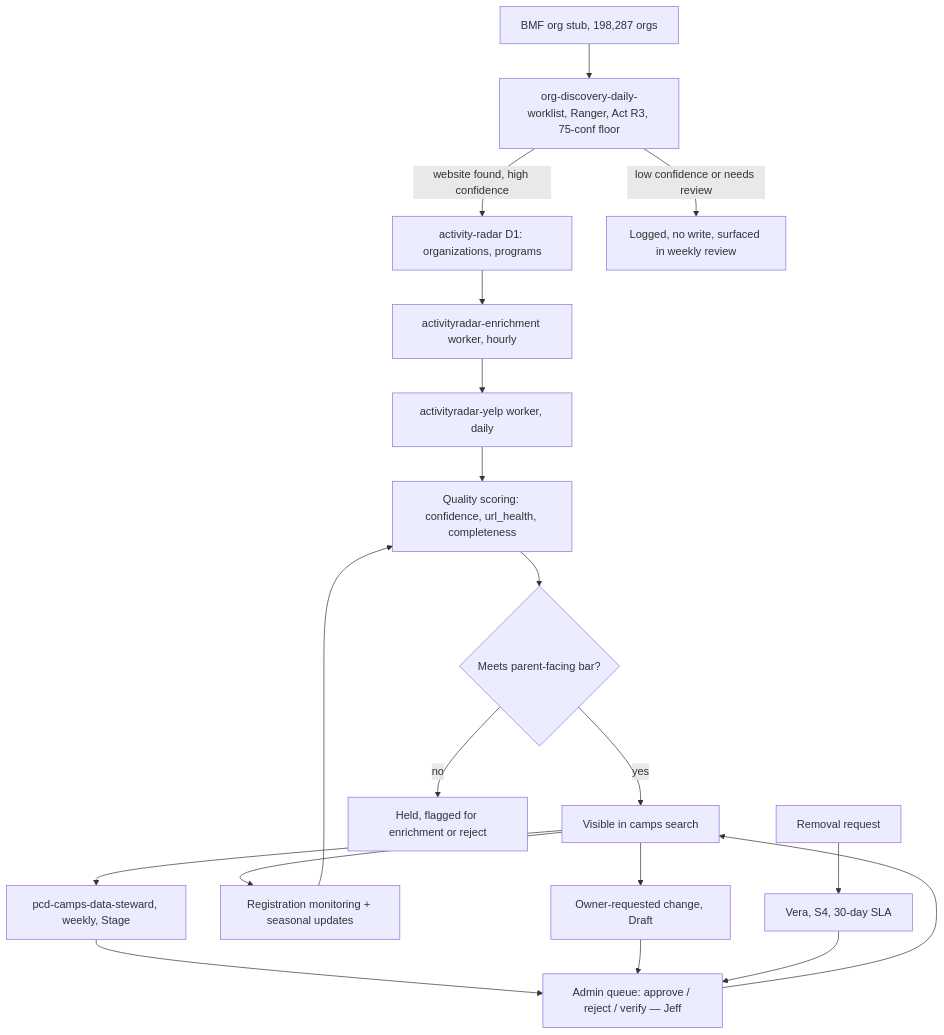
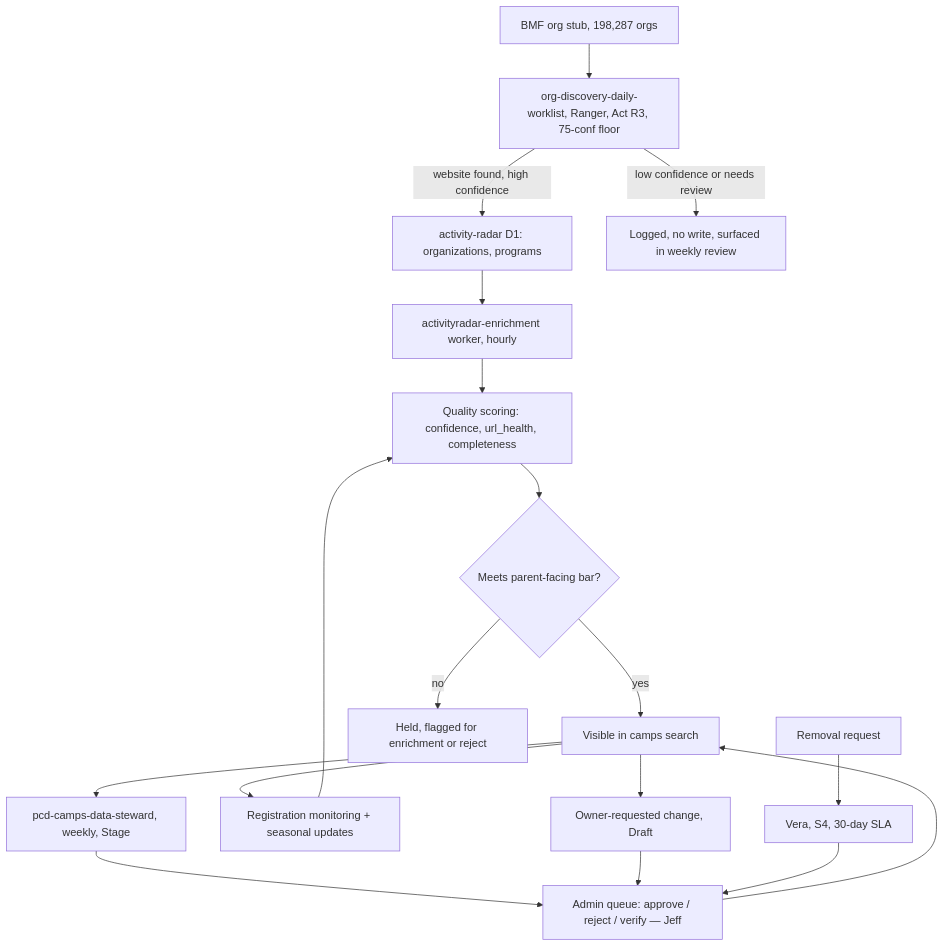
Before and after one commit to jeffthomas4-lab/parent-coach-playbook: the first of 4 diagrams in PCD-AI-OS/04-market-departments.md, drawn with Mermaid. The commit also changed other lines of this file and 15 other files, not shown here.

Commit message:
Retire Yelp enrichment worker

````diff
--- a/PCD-AI-OS/04-market-departments.md
+++ b/PCD-AI-OS/04-market-departments.md
@@ -97,21 +97,20 @@
 ```mermaid
 flowchart TD
     A["BMF org stub, 198,287 orgs"] --> B["org-discovery-daily-worklist, Ranger, Act R3, 75-conf floor"]
     B -->|"website found, high confidence"| C["activity-radar D1: organizations, programs"]
     B -->|"low confidence or needs review"| Z["Logged, no write, surfaced in weekly review"]
     C --> D["activityradar-enrichment worker, hourly"]
-    D --> E["activityradar-yelp worker, daily"]
-    E --> F["Quality scoring: confidence, url_health, completeness"]
+    D --> F["Quality scoring: confidence, url_health, completeness"]
     F --> G{"Meets parent-facing bar?"}
     G -->|yes| H["Visible in camps search"]
     G -->|no| I["Held, flagged for enrichment or reject"]
     H --> J["pcd-camps-data-steward, weekly, Stage"]
     J --> K["Admin queue: approve / reject / verify — Jeff"]
     K --> H
     H --> L["Registration monitoring + seasonal updates"]
     H --> M["Owner-requested change, Draft"]
     M --> K
     N["Removal request"] --> O["Vera, S4, 30-day SLA"]
     O --> K
     L --> F
 ```
````
